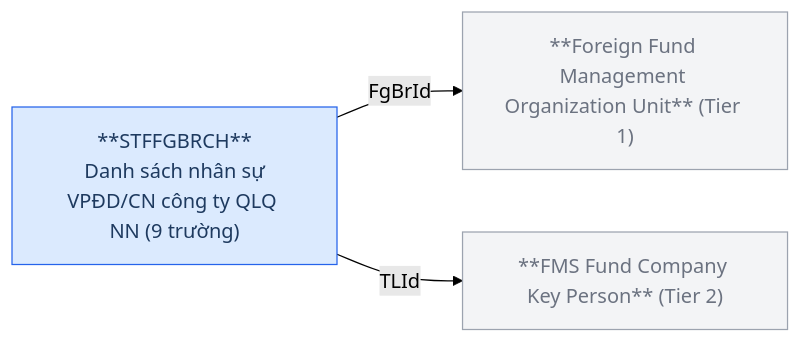
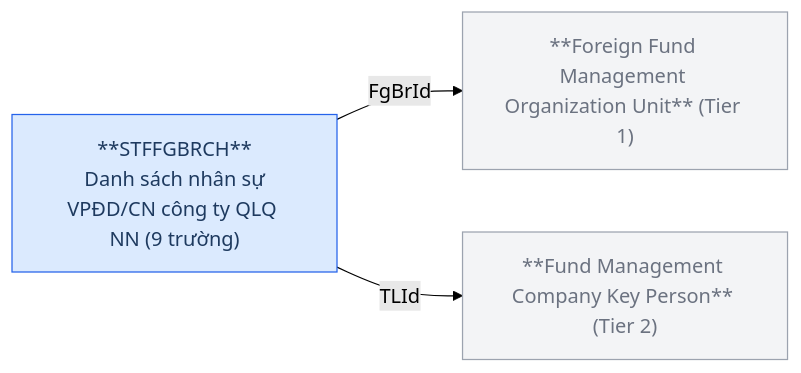
The fifth of 12 diagrams in Silver/hld/FMS_HLD_Tier3.md (linhlvit/ubck_atomic_design), drawn with Mermaid (forest theme) before and after one commit. The commit also changed other lines of this file and 32 other files, not shown here.

````diff
--- a/Silver/hld/FMS_HLD_Tier3.md
+++ b/Silver/hld/FMS_HLD_Tier3.md
@@ -134,12 +134,12 @@
 ```mermaid
 graph LR
     classDef src fill:#dbeafe,stroke:#2563eb,color:#1e3a5f
     classDef ref fill:#f3f4f6,stroke:#9ca3af,color:#6b7280
 
     FORBRCH["**Foreign Fund Management Organization Unit** (Tier 1)"]:::ref
-    TLP["**FMS Fund Company Key Person** (Tier 2)"]:::ref
+    TLP["**Fund Management Company Key Person** (Tier 2)"]:::ref
     STFFGBRCH["**STFFGBRCH**\nDanh sách nhân sự\nVPĐD/CN công ty QLQ NN (9 trường)"]:::src
 
     STFFGBRCH -->|FgBrId| FORBRCH
     STFFGBRCH -->|TLId| TLP
 ```
````
